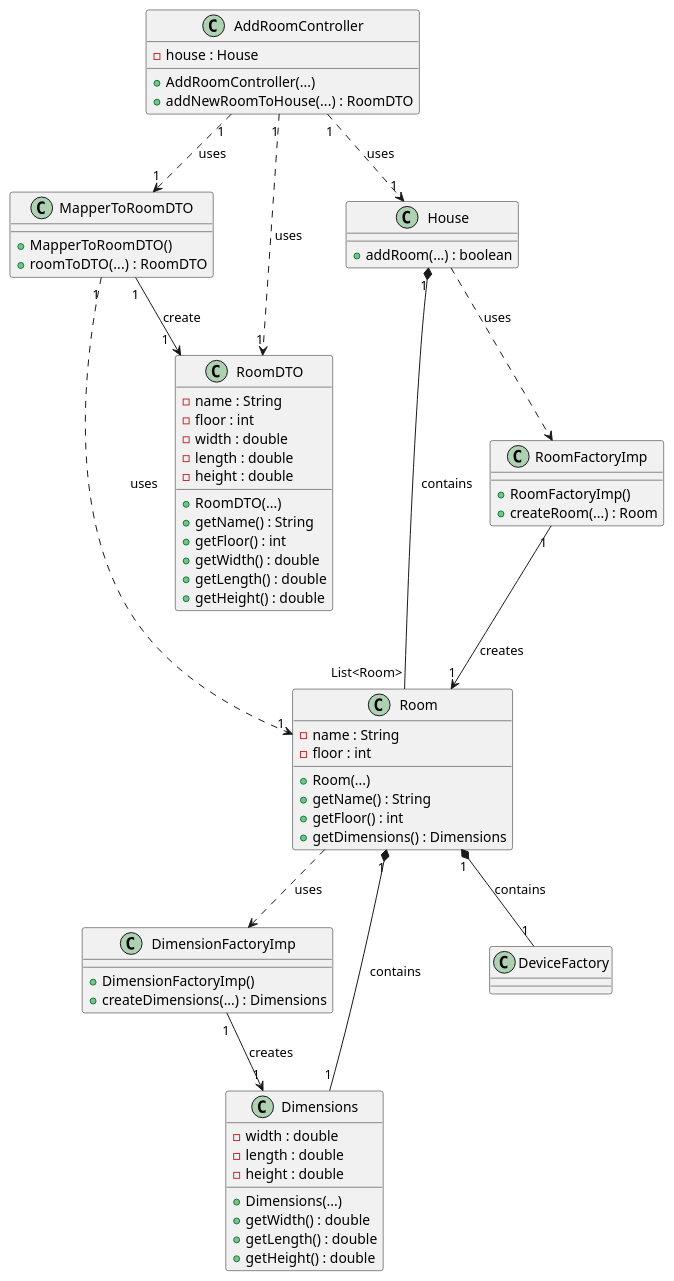
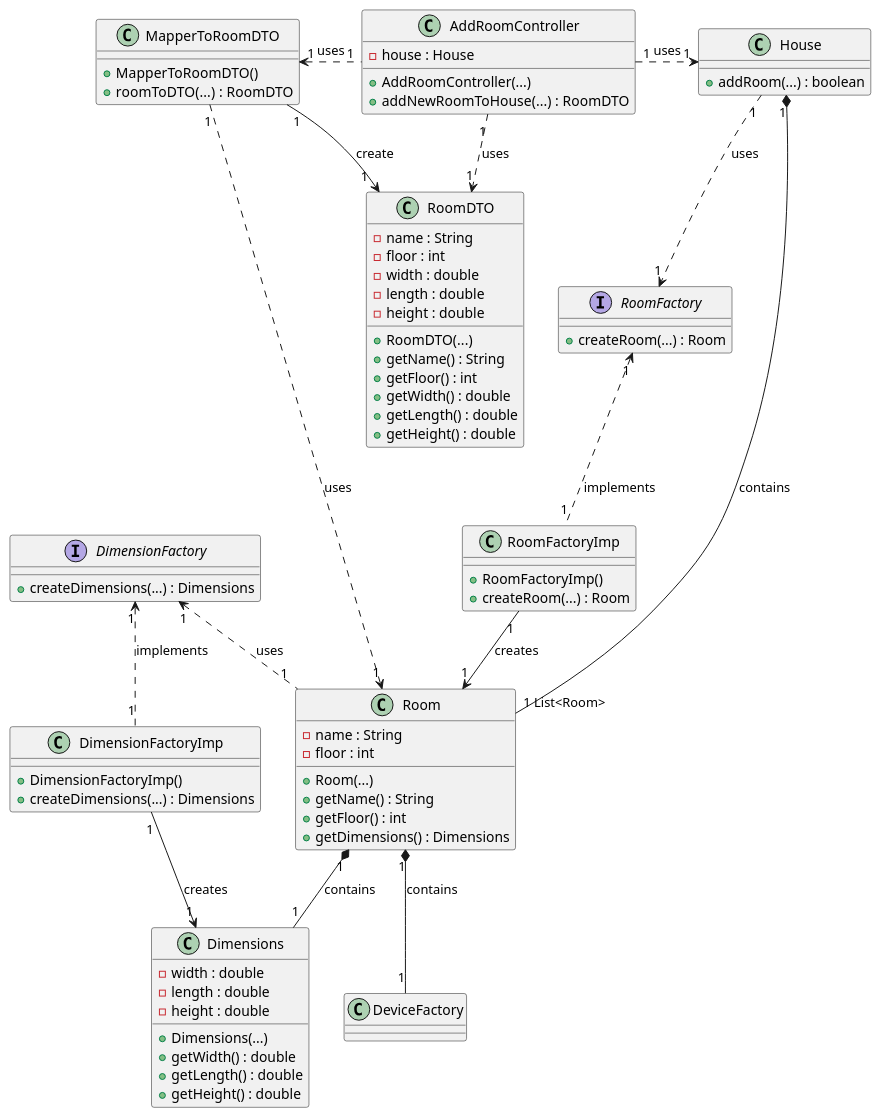
One commit to ozepedrorodrigues/projetoIntermedio changed the diagram in projetoIntermedio/docs/class/useCase/UC02/UC02.puml. Above: the diagram before and after it, drawn with PlantUML.

Commit message:
UC02 - add UseCase e ClassDiagram

```diff
--- a/projetoIntermedio/docs/class/useCase/UC02/UC02.puml
+++ b/projetoIntermedio/docs/class/useCase/UC02/UC02.puml
@@ -1,80 +1,88 @@
 @startuml
-
 class AddRoomController {
   - house : House
   + AddRoomController(...)
   + addNewRoomToHouse(...) : RoomDTO
 }
 
 class MapperToRoomDTO {
   + MapperToRoomDTO()
   + roomToDTO(...) : RoomDTO
 }
 
 class RoomFactoryImp {
   + RoomFactoryImp()
   + createRoom(...) : Room
 }
 
 class DimensionFactoryImp {
   + DimensionFactoryImp()
   + createDimensions(...) : Dimensions
 }
+
+interface RoomFactory {
+  + createRoom(...) : Room
+}
+interface DimensionFactory {
+  + createDimensions(...) : Dimensions
+}
+
 
 
 class House {
   + addRoom(...) : boolean
 }
 
 class Room {
   - name : String
   - floor : int
   + Room(...)
   + getName() : String
   + getFloor() : int
   + getDimensions() : Dimensions
 }
 
 class Dimensions {
   - width : double
   - length : double
   - height : double
 
   + Dimensions(...)
   + getWidth() : double
   + getLength() : double
   + getHeight() : double
 }
 
 class RoomDTO {
   - name : String
   - floor : int
   - width : double
   - length : double
   - height : double
 
   + RoomDTO(...)
   + getName() : String
   + getFloor() : int
   + getWidth() : double
   + getLength() : double
   + getHeight() : double
 }
 
-AddRoomController "1" ..> "1" MapperToRoomDTO : uses
+AddRoomController "1" .left.> "1" MapperToRoomDTO : uses
 MapperToRoomDTO "1" --> "1  " RoomDTO : create
 MapperToRoomDTO "1" ..> "1" Room : uses
-
+RoomFactory "1" <.. "1" RoomFactoryImp : implements
 Room "1" *-- "1" Dimensions : contains
 Room "1" *-- "1" DeviceFactory: contains
 RoomFactoryImp "1" --> "1" Room : creates
 
-House "1" *-- "List<Room>" Room : contains
-AddRoomController "1" ..> "1" House : uses
+House "1" *--"1 List<Room>" Room : contains
+AddRoomController "1" .right.> "1" House : uses
 AddRoomController "1" ..> "1" RoomDTO : uses
-Room ..> DimensionFactoryImp : uses
+Room "1".left.>"1" DimensionFactory : uses
+DimensionFactory "1" <.. "1" DimensionFactoryImp : implements
 DimensionFactoryImp "1" --> "1" Dimensions : creates
-House ..> RoomFactoryImp : uses
+House "1"..>"1" RoomFactory : uses
 
 
 @enduml
```
